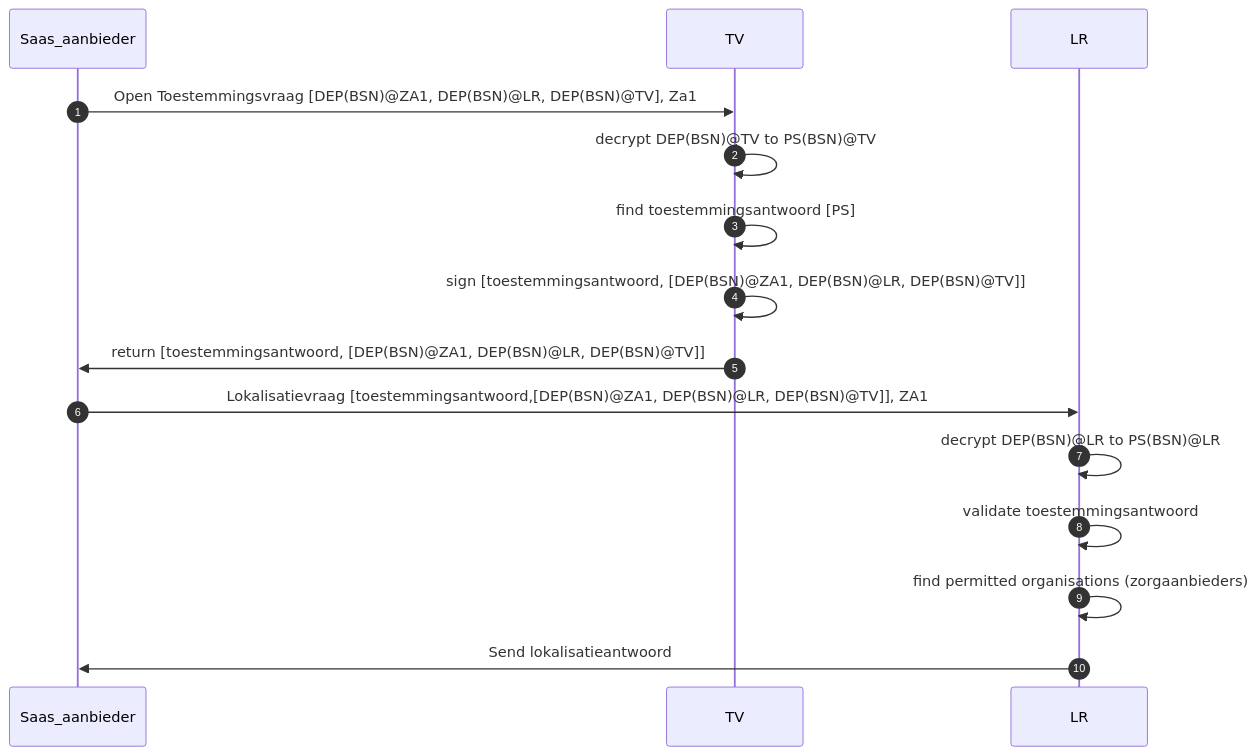
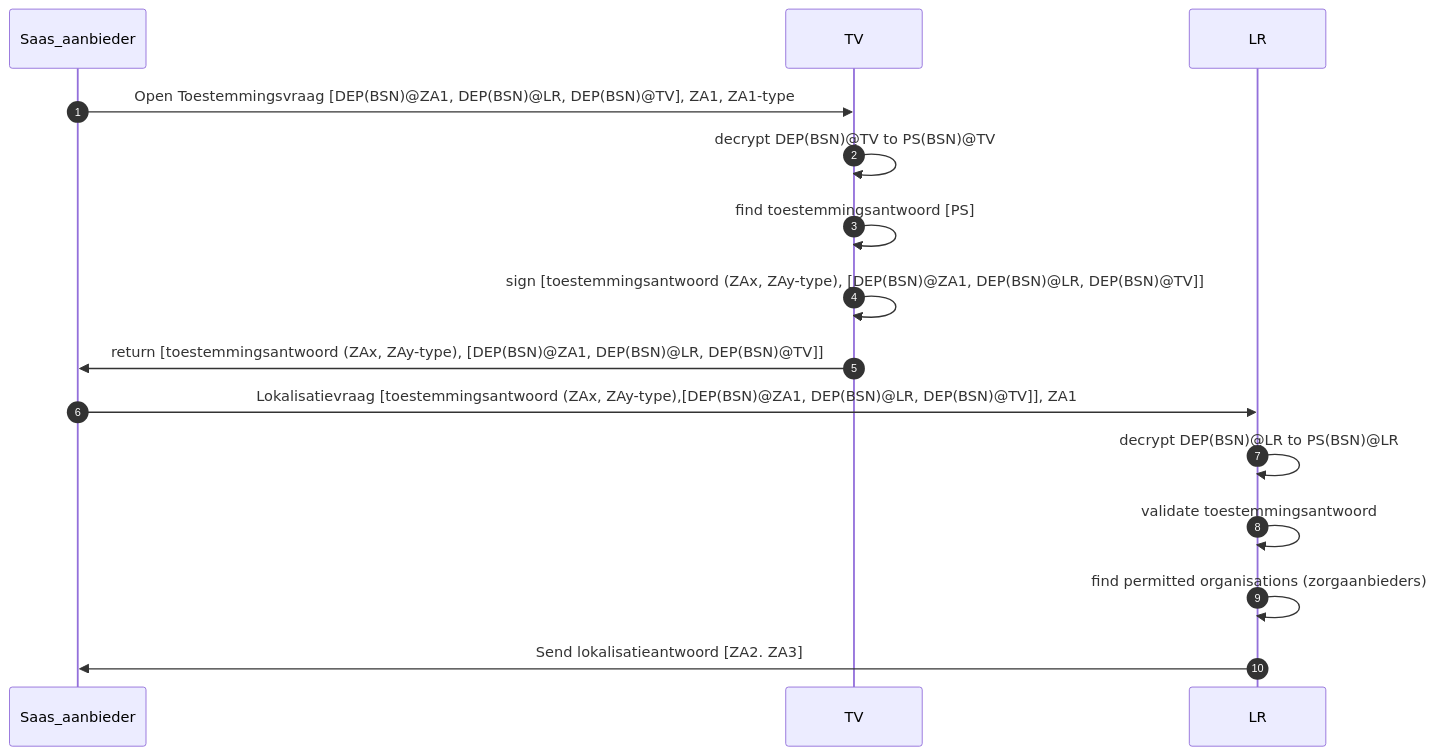
One commit to minvws/generiekefuncties-lokalisatie changed the fifth of 6 diagrams in architectuur/sequentie-diagrammen.md. Above: the diagram before and after it, drawn with Mermaid. The commit also changed other lines of this file, not shown here.

````diff
--- a/architectuur/sequentie-diagrammen.md
+++ b/architectuur/sequentie-diagrammen.md
@@ -56,14 +59,14 @@
 ```mermaid
 sequenceDiagram
 autonumber
-Saas_aanbieder ->> TV: Open Toestemmingsvraag [DEP(BSN)@ZA1, DEP(BSN)@LR, DEP(BSN)@TV], Za1
+Saas_aanbieder ->> TV: Open Toestemmingsvraag [DEP(BSN)@ZA1, DEP(BSN)@LR, DEP(BSN)@TV], ZA1, ZA1-type
 TV ->> TV: decrypt DEP(BSN)@TV to PS(BSN)@TV
 TV ->> TV: find toestemmingsantwoord [PS]
-TV ->> TV: sign [toestemmingsantwoord, [DEP(BSN)@ZA1, DEP(BSN)@LR, DEP(BSN)@TV]]
-TV ->> Saas_aanbieder: return [toestemmingsantwoord, [DEP(BSN)@ZA1, DEP(BSN)@LR, DEP(BSN)@TV]]
-Saas_aanbieder ->> LR: Lokalisatievraag [toestemmingsantwoord,[DEP(BSN)@ZA1, DEP(BSN)@LR, DEP(BSN)@TV]], ZA1
+TV ->> TV: sign [toestemmingsantwoord (ZAx, ZAy-type), [DEP(BSN)@ZA1, DEP(BSN)@LR, DEP(BSN)@TV]]
+TV ->> Saas_aanbieder: return [toestemmingsantwoord (ZAx, ZAy-type), [DEP(BSN)@ZA1, DEP(BSN)@LR, DEP(BSN)@TV]]
+Saas_aanbieder ->> LR: Lokalisatievraag [toestemmingsantwoord (ZAx, ZAy-type),[DEP(BSN)@ZA1, DEP(BSN)@LR, DEP(BSN)@TV]], ZA1
 LR ->> LR: decrypt DEP(BSN)@LR to PS(BSN)@LR
 LR ->> LR: validate toestemmingsantwoord
 LR ->> LR: find permitted organisations (zorgaanbieders)
-LR ->> Saas_aanbieder: Send lokalisatieantwoord
+LR ->> Saas_aanbieder: Send lokalisatieantwoord [ZA2. ZA3]
 ```
````
